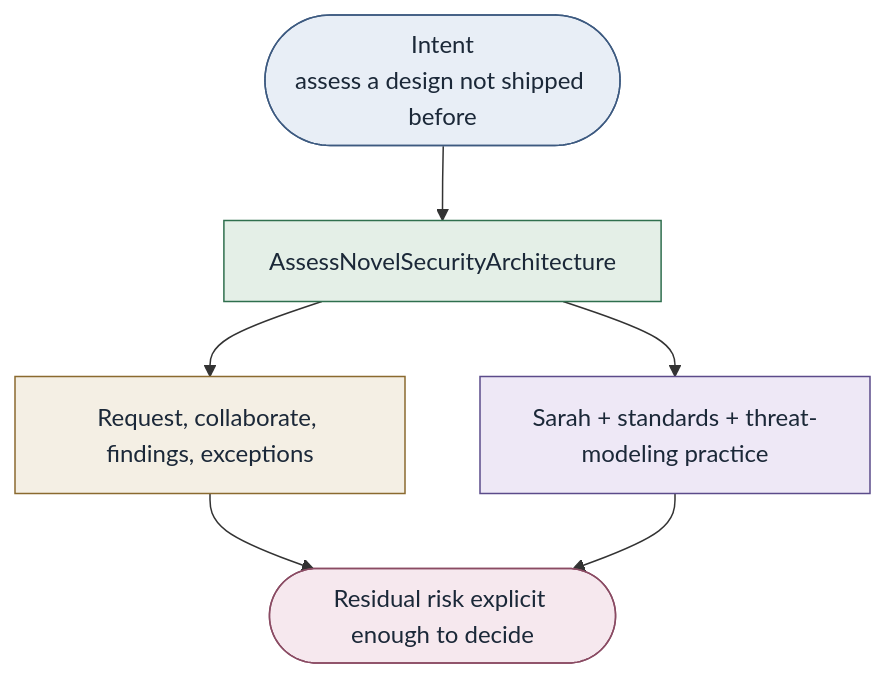
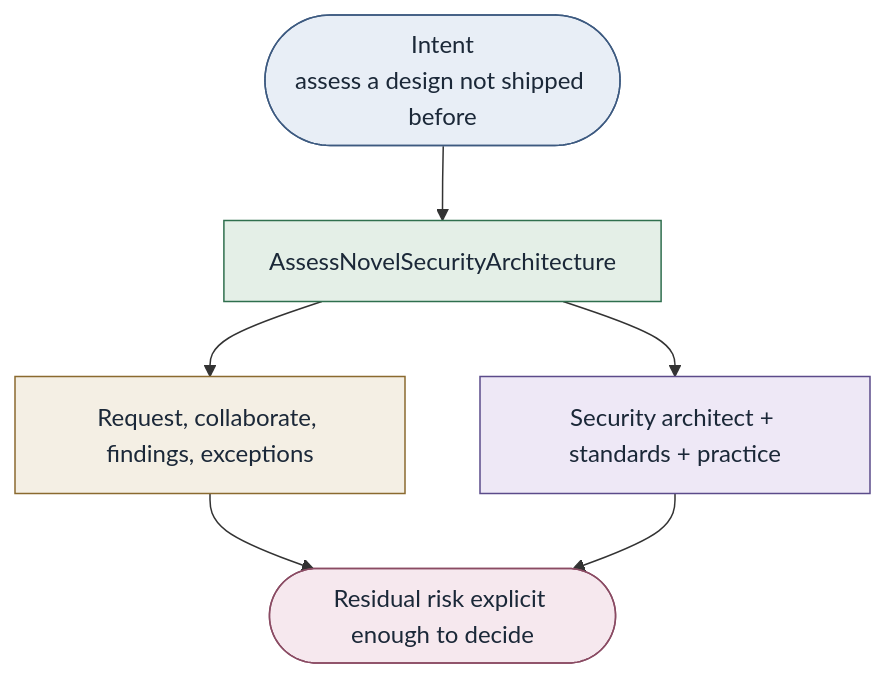
One commit to opsdevcode/convergence changed the second of 2 diagrams in docs/02-capabilities/worked-examples.md. Above: the diagram before and after it, drawn with Mermaid. The commit also changed other lines of this file and 24 other files, not shown here.

````diff
--- a/docs/02-capabilities/worked-examples.md
+++ b/docs/02-capabilities/worked-examples.md
@@ -43,20 +43,20 @@
 ```mermaid
 flowchart TB
   Intent(["Intent<br/>assess a design not shipped before"]):::intent
   Cap["AssessNovelSecurityArchitecture"]:::cap
   Exp["Request, collaborate, findings, exceptions"]:::exp
-  Real["Sarah + standards + threat-modeling practice"]:::real
+  Real["Security architect + standards + practice"]:::real
   Out(["Residual risk explicit enough to decide"]):::out
 
   Intent --> Cap
   Cap --> Exp
   Cap --> Real
   Exp --> Out
   Real --> Out
 
   classDef intent fill:#E8EEF6,stroke:#3D5A80,color:#1B2838
   classDef cap fill:#E4EFE7,stroke:#2F6F4E,color:#1B2838
   classDef exp fill:#F4EFE4,stroke:#8A6A2F,color:#1B2838
   classDef real fill:#EEE8F6,stroke:#5B4B8A,color:#1B2838
   classDef out fill:#F6E8EE,stroke:#8A4B63,color:#1B2838
 ```
````
